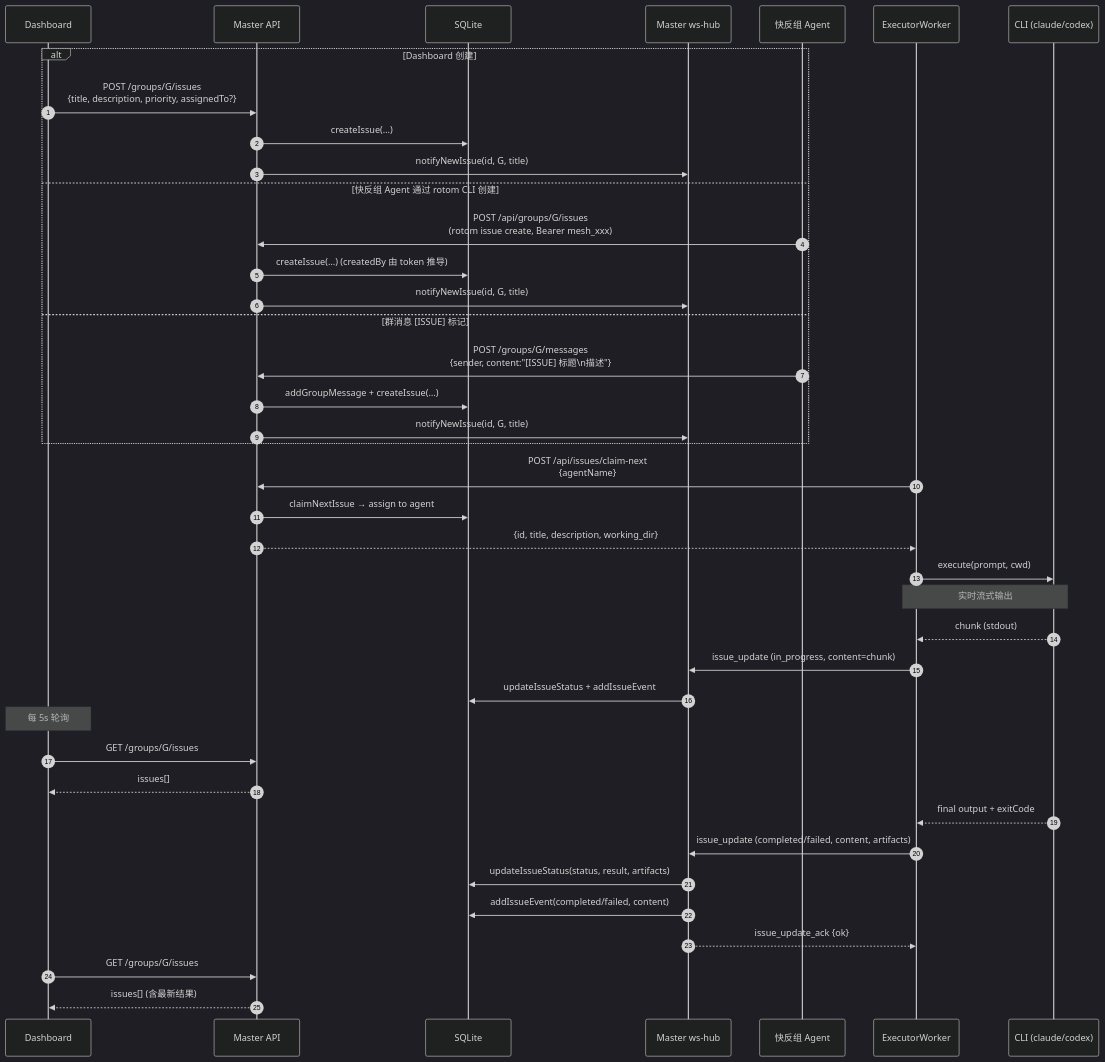
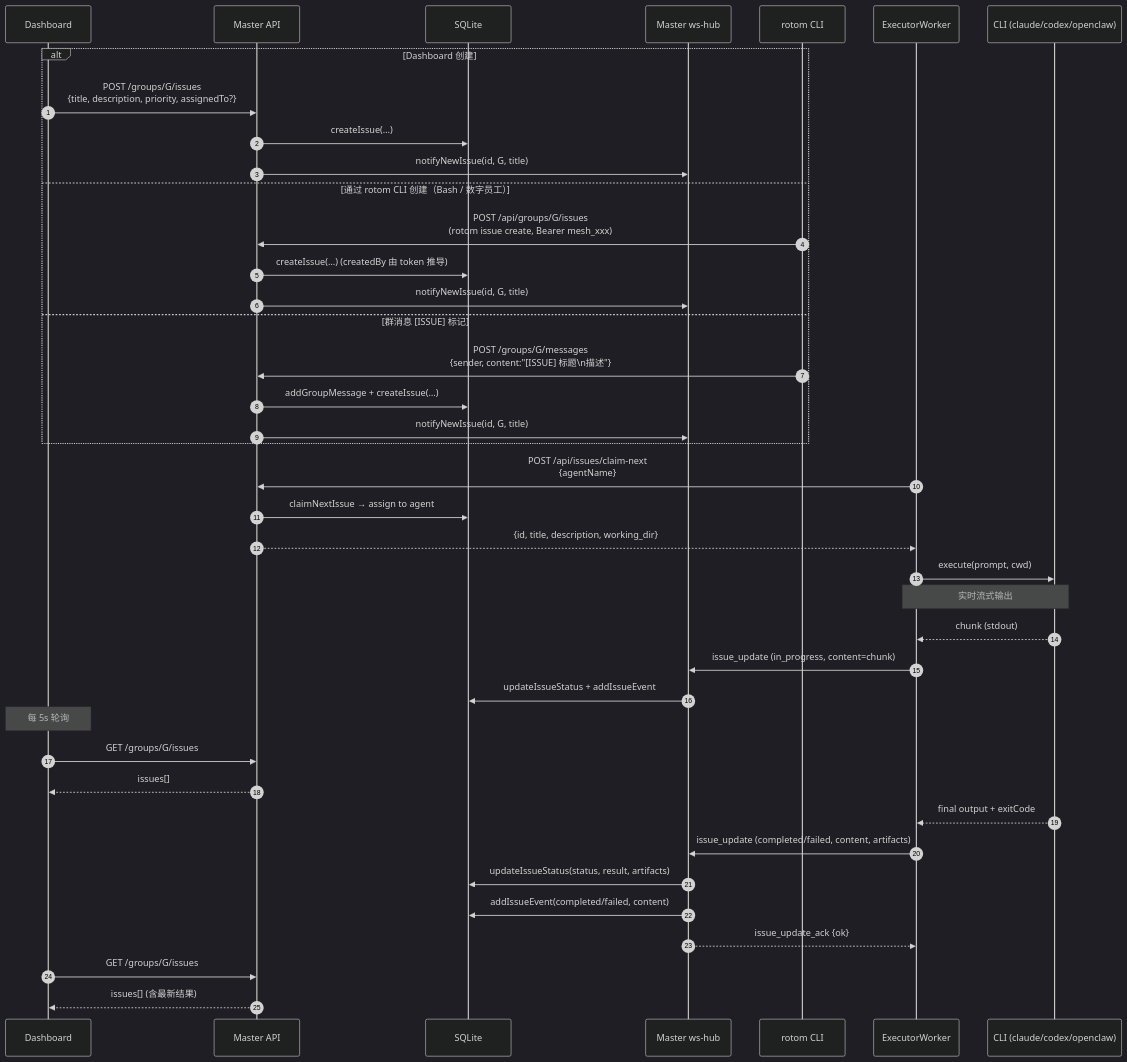
The fourth of 4 diagrams in docs/GROUP_CHAT_ARCHITECTURE.md (konglx90/rotom), drawn with Mermaid (dark theme) before and after one commit. The commit also changed other lines of this file and 44 other files, not shown here.

````diff
--- a/docs/GROUP_CHAT_ARCHITECTURE.md
+++ b/docs/GROUP_CHAT_ARCHITECTURE.md
@@ -316,48 +293,48 @@
 ```mermaid
 sequenceDiagram
   autonumber
   participant D as Dashboard
   participant M as Master API
   participant DB as SQLite
   participant H as Master ws-hub
-  participant FA as 快反组 Agent
+  participant ROT as rotom CLI
   participant EW as ExecutorWorker
-  participant CLI as CLI (claude/codex)
+  participant CLI as CLI (claude/codex/openclaw)
 
   alt Dashboard 创建
     D->>M: POST /groups/G/issues<br/>{title, description, priority, assignedTo?}
     M->>DB: createIssue(…)
     M->>H: notifyNewIssue(id, G, title)
-  else 快反组 Agent 通过 rotom CLI 创建
-    FA->>M: POST /api/groups/G/issues<br/>(rotom issue create, Bearer mesh_xxx)
+  else 通过 rotom CLI 创建（Bash / 数字员工）
+    ROT->>M: POST /api/groups/G/issues<br/>(rotom issue create, Bearer mesh_xxx)
     M->>DB: createIssue(…)  (createdBy 由 token 推导)
     M->>H: notifyNewIssue(id, G, title)
   else 群消息 [ISSUE] 标记
-    FA->>M: POST /groups/G/messages<br/>{sender, content:"[ISSUE] 标题\n描述"}
+    ROT->>M: POST /groups/G/messages<br/>{sender, content:"[ISSUE] 标题\n描述"}
     M->>DB: addGroupMessage + createIssue(…)
     M->>H: notifyNewIssue(id, G, title)
   end
 
   EW->>M: POST /api/issues/claim-next<br/>{agentName}
   M->>DB: claimNextIssue → assign to agent
   M-->>EW: {id, title, description, working_dir}
 
   EW->>CLI: execute(prompt, cwd)
   Note over EW,CLI: 实时流式输出
   CLI-->>EW: chunk (stdout)
   EW->>H: issue_update (in_progress, content=chunk)
   H->>DB: updateIssueStatus + addIssueEvent
 
   Note over D: 每 5s 轮询
   D->>M: GET /groups/G/issues
   M-->>D: issues[]
 
   CLI-->>EW: final output + exitCode
   EW->>H: issue_update (completed/failed, content, artifacts)
   H->>DB: updateIssueStatus(status, result, artifacts)
   H->>DB: addIssueEvent(completed/failed, content)
   H-->>EW: issue_update_ack {ok}
 
   D->>M: GET /groups/G/issues
   M-->>D: issues[] (含最新结果)
 ```
````
